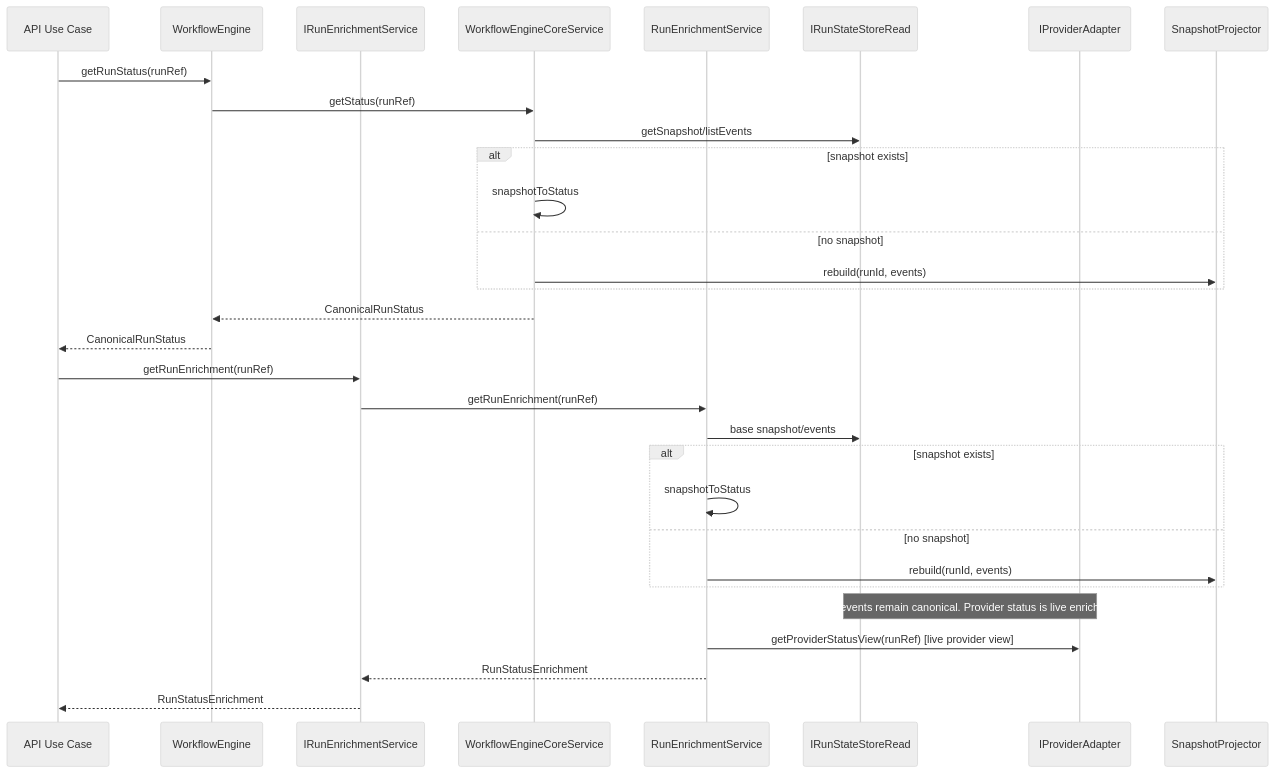
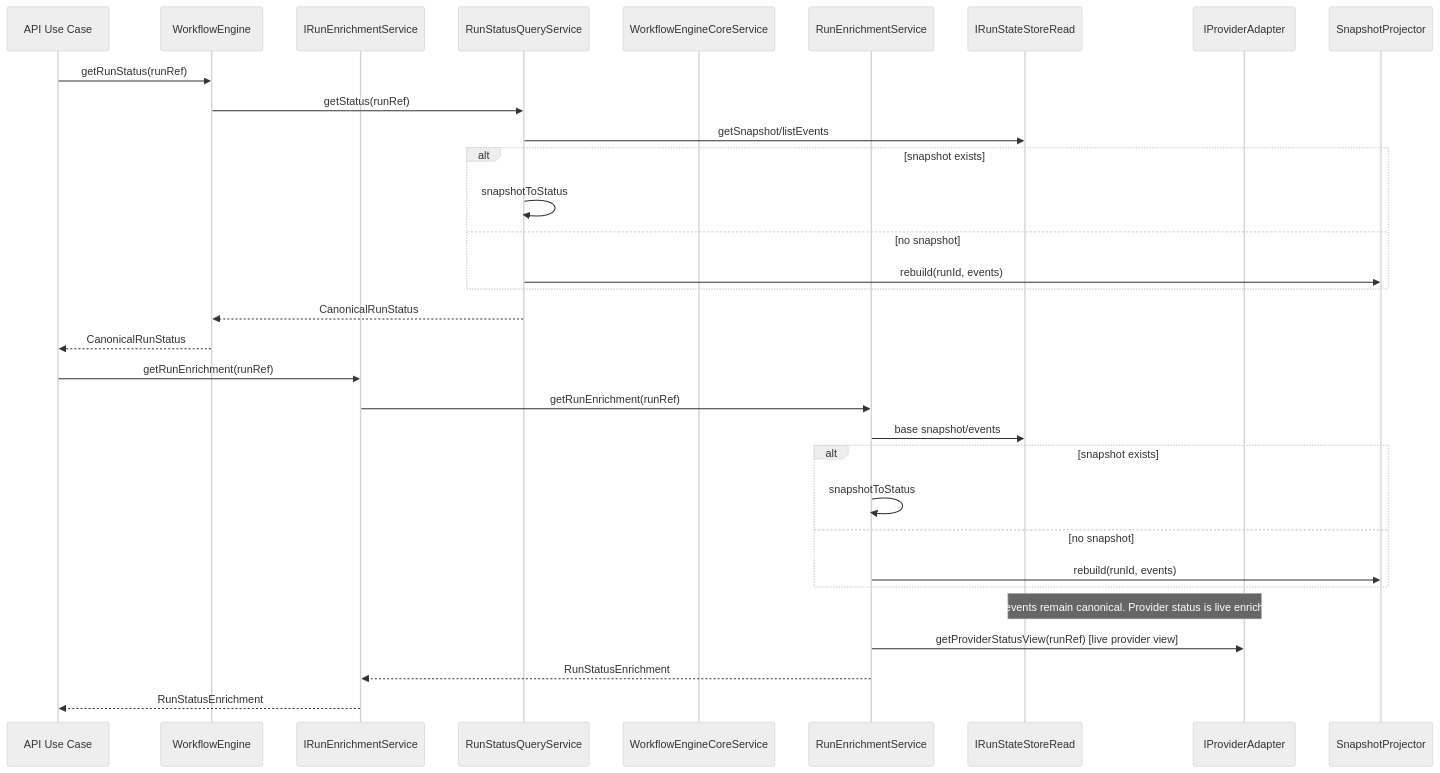
The fourth of 5 diagrams in docs/architecture/components/engine/architecture/workflow-engine-subsystem-context.md (dunay2/dvt), drawn with Mermaid (neutral theme) before and after one commit. The commit also changed other lines of this file and 14 other files, not shown here.

Commit message:
refactor(engine): Split run status query from engine core

````diff
--- a/docs/architecture/components/engine/architecture/workflow-engine-subsystem-context.md
+++ b/docs/architecture/components/engine/architecture/workflow-engine-subsystem-context.md
@@ -173,35 +178,36 @@
 ```mermaid
 sequenceDiagram
   participant Client as API Use Case
   participant Engine as WorkflowEngine
   participant Enrich as IRunEnrichmentService
+  participant Query as RunStatusQueryService
   participant Core as WorkflowEngineCoreService
   participant EnrichSvc as RunEnrichmentService
   participant State as IRunStateStoreRead
   participant Adapter as IProviderAdapter
   participant Projector as SnapshotProjector
 
   Client->>Engine: getRunStatus(runRef)
-  Engine->>Core: getStatus(runRef)
-  Core->>State: getSnapshot/listEvents
+  Engine->>Query: getStatus(runRef)
+  Query->>State: getSnapshot/listEvents
   alt snapshot exists
-    Core->>Core: snapshotToStatus
+    Query->>Query: snapshotToStatus
   else no snapshot
-    Core->>Projector: rebuild(runId, events)
+    Query->>Projector: rebuild(runId, events)
   end
-  Core-->>Engine: CanonicalRunStatus
+  Query-->>Engine: CanonicalRunStatus
   Engine-->>Client: CanonicalRunStatus
 
   Client->>Enrich: getRunEnrichment(runRef)
   Enrich->>EnrichSvc: getRunEnrichment(runRef)
   EnrichSvc->>State: base snapshot/events
   alt snapshot exists
     EnrichSvc->>EnrichSvc: snapshotToStatus
   else no snapshot
     EnrichSvc->>Projector: rebuild(runId, events)
   end
   Note over State,Adapter: Snapshot/events remain canonical. Provider status is live enrichment only.
   EnrichSvc->>Adapter: getProviderStatusView(runRef) [live provider view]
   EnrichSvc-->>Enrich: RunStatusEnrichment
   Enrich-->>Client: RunStatusEnrichment
 ```
````
